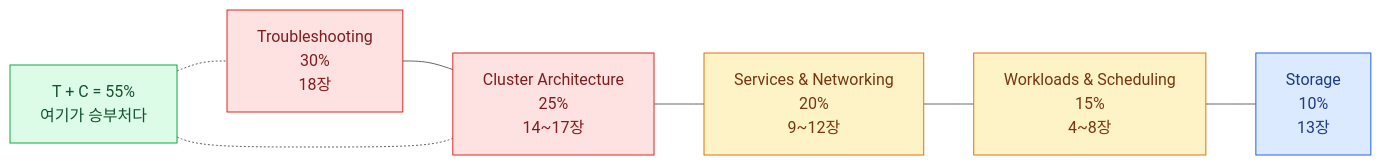
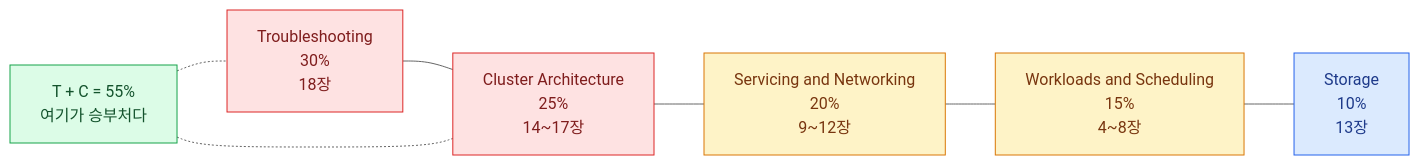
One commit to mechurak/study-starlight changed the first of 5 diagrams in src/content/docs/cka/01-exam.mdx. Above: the diagram before and after it, drawn with Mermaid (neutral theme). The commit also changed other lines of this file and 22 other files, not shown here.

````diff
--- a/src/content/docs/cka/01-exam.mdx
+++ b/src/content/docs/cka/01-exam.mdx
@@ -36,23 +36,23 @@
 ```mermaid
 flowchart LR
     T["Troubleshooting<br/>30%<br/>18장"]
     C["Cluster Architecture<br/>25%<br/>14~17장"]
-    N["Services & Networking<br/>20%<br/>9~12장"]
-    W["Workloads & Scheduling<br/>15%<br/>4~8장"]
+    N["Servicing and Networking<br/>20%<br/>9~12장"]
+    W["Workloads and Scheduling<br/>15%<br/>4~8장"]
     S["Storage<br/>10%<br/>13장"]
     T --- C
     C --- N
     N --- W
     W --- S
     SUM["T + C = 55%<br/>여기가 승부처다"] -.- T
     SUM -.- C
 
     classDef big fill:#fee2e2,stroke:#dc2626,color:#7f1d1d
     classDef mid fill:#fef3c7,stroke:#d97706,color:#78350f
     classDef small fill:#dbeafe,stroke:#2563eb,color:#1e3a8a
     classDef note fill:#dcfce7,stroke:#16a34a,color:#14532d
     class T,C big
     class N,W mid
     class S small
     class SUM note
 ```
````
